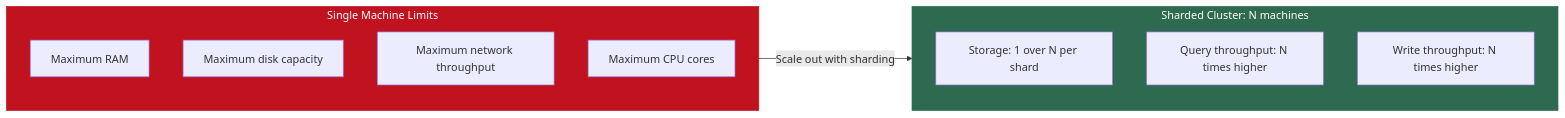
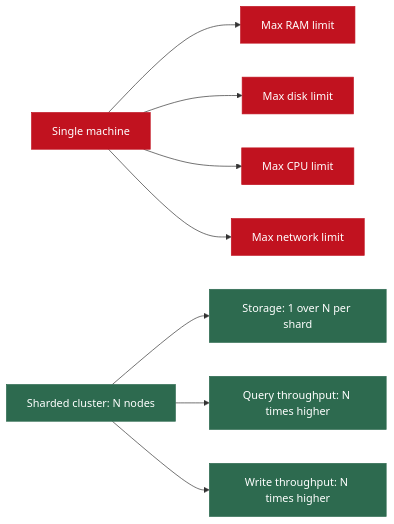
One commit to MuhammadTahaNasir/Big-Data-Analytics-Notes changed the fifth of 16 diagrams in Week3/Lecture3_Partitioning_Sharding_Caching_QueryOpt.md. Above: the diagram before and after it, drawn with Mermaid. The commit also changed other lines of this file, not shown here.

````diff
--- a/Week3/Lecture3_Partitioning_Sharding_Caching_QueryOpt.md
+++ b/Week3/Lecture3_Partitioning_Sharding_Caching_QueryOpt.md
@@ -201,19 +201,21 @@
 ```mermaid
 flowchart LR
-    subgraph SINGLE2[Single Machine Limits]
-        SM1[Maximum RAM]
-        SM2[Maximum disk capacity]
-        SM3[Maximum network throughput]
-        SM4[Maximum CPU cores]
-    end
-    subgraph SHARDED[Sharded Cluster: N machines]
-        SH1[Storage: 1 over N per shard]
-        SH2[Query throughput: N times higher]
-        SH3[Write throughput: N times higher]
-    end
+    SM[Single machine] --> LIM1[Max RAM limit]
+    SM --> LIM2[Max disk limit]
+    SM --> LIM3[Max CPU limit]
+    SM --> LIM4[Max network limit]
 
-    SINGLE2 -->|Scale out with sharding| SHARDED
+    SHARD[Sharded cluster: N nodes] --> SH1[Storage: 1 over N per shard]
+    SHARD --> SH2[Query throughput: N times higher]
+    SHARD --> SH3[Write throughput: N times higher]
 
-    style SINGLE2 fill:#c1121f,color:#fff,stroke:#c1121f
-    style SHARDED fill:#2d6a4f,color:#fff,stroke:#2d6a4f
+    style SM fill:#c1121f,color:#fff,stroke:#c1121f
+    style LIM1 fill:#c1121f,color:#fff,stroke:#c1121f
+    style LIM2 fill:#c1121f,color:#fff,stroke:#c1121f
+    style LIM3 fill:#c1121f,color:#fff,stroke:#c1121f
+    style LIM4 fill:#c1121f,color:#fff,stroke:#c1121f
+    style SHARD fill:#2d6a4f,color:#fff,stroke:#2d6a4f
+    style SH1 fill:#2d6a4f,color:#fff,stroke:#2d6a4f
+    style SH2 fill:#2d6a4f,color:#fff,stroke:#2d6a4f
+    style SH3 fill:#2d6a4f,color:#fff,stroke:#2d6a4f
 ```
````
